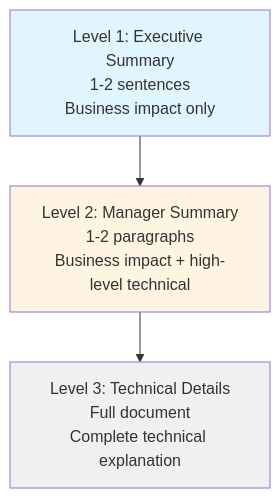
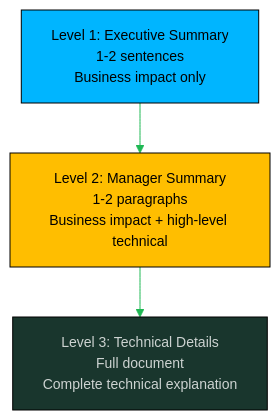
One commit to oat431/swe-knowledge changed the second of 2 diagrams in career-path/02_Senior_Software_Engineer/06_Communication_and_Influence/02_Stakeholder_Communication.md. Above: the diagram before and after it, drawn with Mermaid. The commit also changed other lines of this file and 893 other files, not shown here.

````diff
--- a/career-path/02_Senior_Software_Engineer/06_Communication_and_Influence/02_Stakeholder_Communication.md
+++ b/career-path/02_Senior_Software_Engineer/06_Communication_and_Influence/02_Stakeholder_Communication.md
@@ -69,10 +70,11 @@
 ```mermaid
+%%{init: {'theme':'base','themeVariables':{'primaryColor':'#19362D','primaryTextColor':'#CDD3D1','primaryBorderColor':'#1FB854','lineColor':'#1FB854','background':'#1B1717','mainBkg':'#19362D','clusterBkg':'#161212','edgeLabelBackground':'#161212','titleColor':'#1FB854','fontSize':'14px'}}}%%
 flowchart TD
     Level1[Level 1: Executive Summary<br/>1-2 sentences<br/>Business impact only] --> Level2
     Level2[Level 2: Manager Summary<br/>1-2 paragraphs<br/>Business impact + high-level technical] --> Level3
     Level3[Level 3: Technical Details<br/>Full document<br/>Complete technical explanation]
     
-    style Level1 fill:#e1f5ff
-    style Level2 fill:#fff4e1
-    style Level3 fill:#f0f0f0
+    style Level1 fill:#00B5FF,stroke:#000000,color:#000000
+    style Level2 fill:#FFBE00,stroke:#000000,color:#000000
+    style Level3 fill:#19362D,stroke:#000000,color:#CDD3D1
 ```
````
